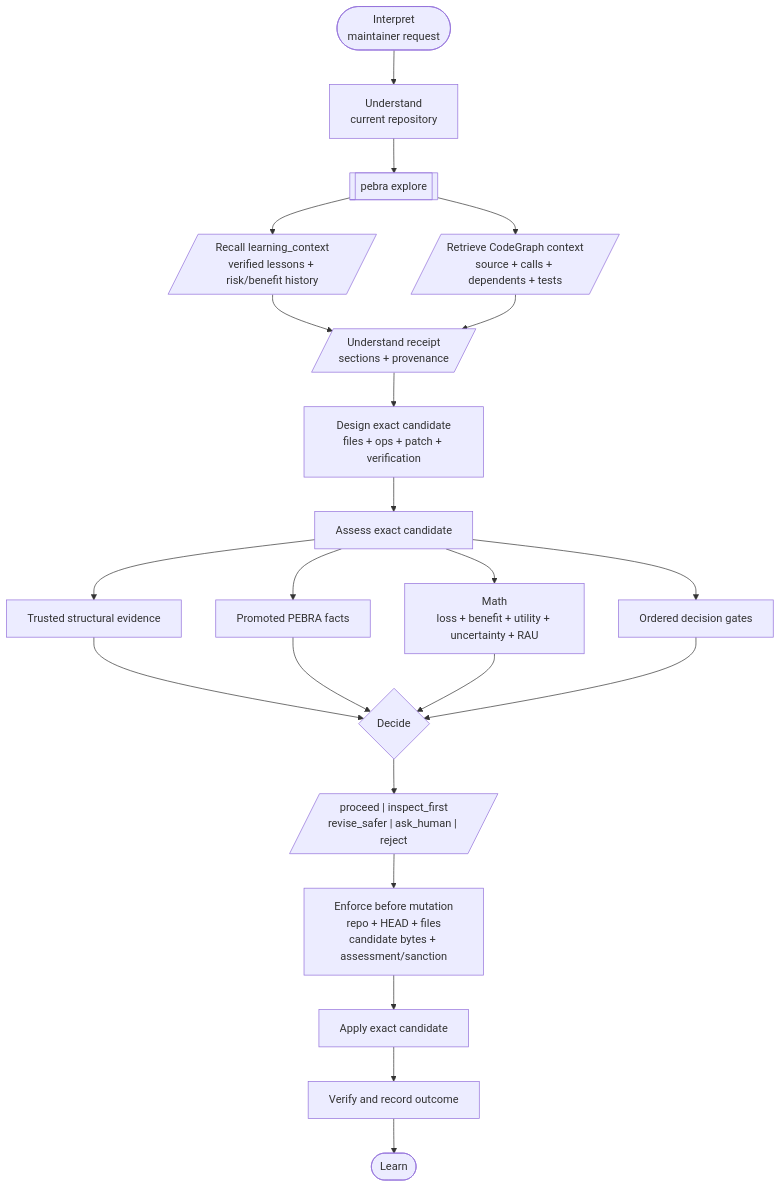
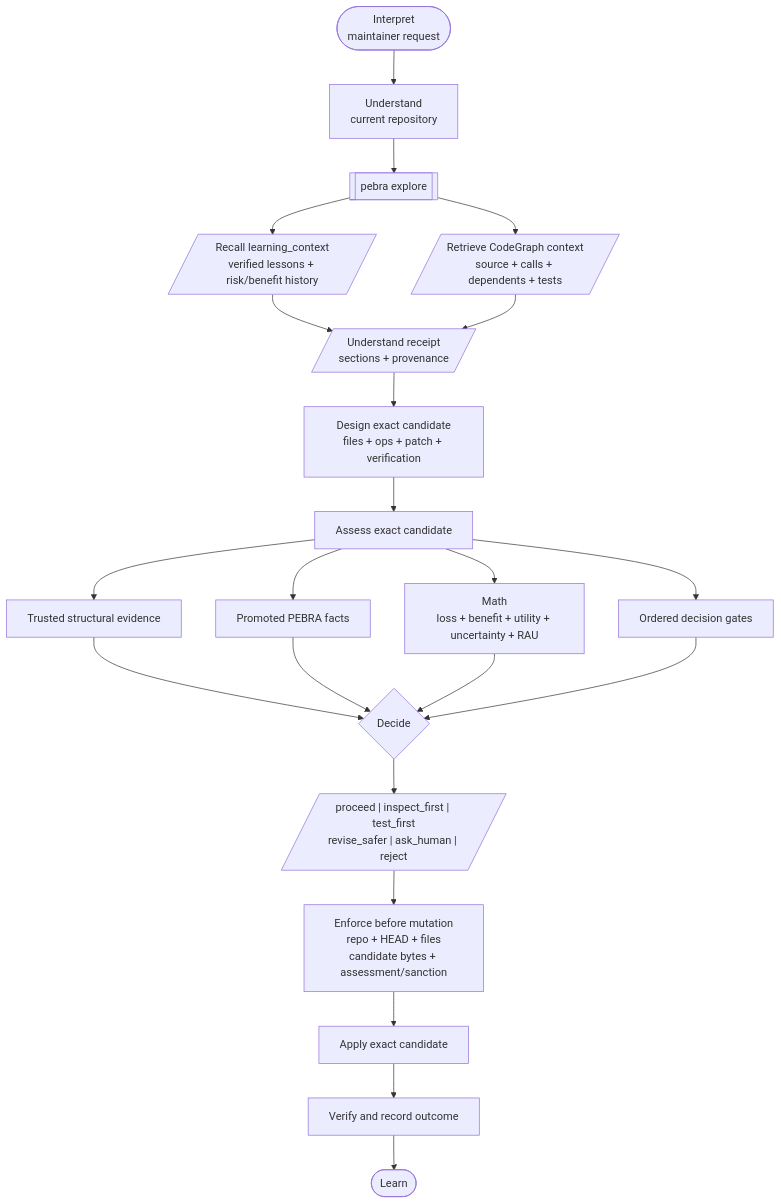
One commit to Rajioba1/pebra changed the diagram in README.md. Above: the diagram before and after it, drawn with Mermaid. The commit also changed other lines of this file and 42 other files, not shown here.

````diff
--- a/README.md
+++ b/README.md
@@ -110,31 +113,31 @@
 ```mermaid
 flowchart TB
     A([Interpret<br/>maintainer request])
     B[Understand<br/>current repository]
     X[[pebra explore]]
     R[/Recall learning_context<br/>verified lessons + risk/benefit history/]
     Cg[/Retrieve CodeGraph context<br/>source + calls + dependents + tests/]
     U[/Understand receipt<br/>sections + provenance/]
     D[Design exact candidate<br/>files + ops + patch + verification]
     As[Assess exact candidate]
     S1[Trusted structural evidence]
     S2[Promoted PEBRA facts]
     S3[Math<br/>loss + benefit + utility + uncertainty + RAU]
     S4[Ordered decision gates]
     E{Decide}
-    O[/proceed | inspect_first<br/>revise_safer | ask_human | reject/]
+    O[/proceed | inspect_first | test_first<br/>revise_safer | ask_human | reject/]
     F[Enforce before mutation<br/>repo + HEAD + files<br/>candidate bytes + assessment/sanction]
     G[Apply exact candidate]
     H[Verify and record outcome]
     I([Learn])
 
     A --> B --> X
     X --> R --> U
     X --> Cg --> U
     U --> D --> As
     As --> S1 --> E
     As --> S2 --> E
     As --> S3 --> E
     As --> S4 --> E
     E --> O --> F --> G --> H --> I
 ```
````
